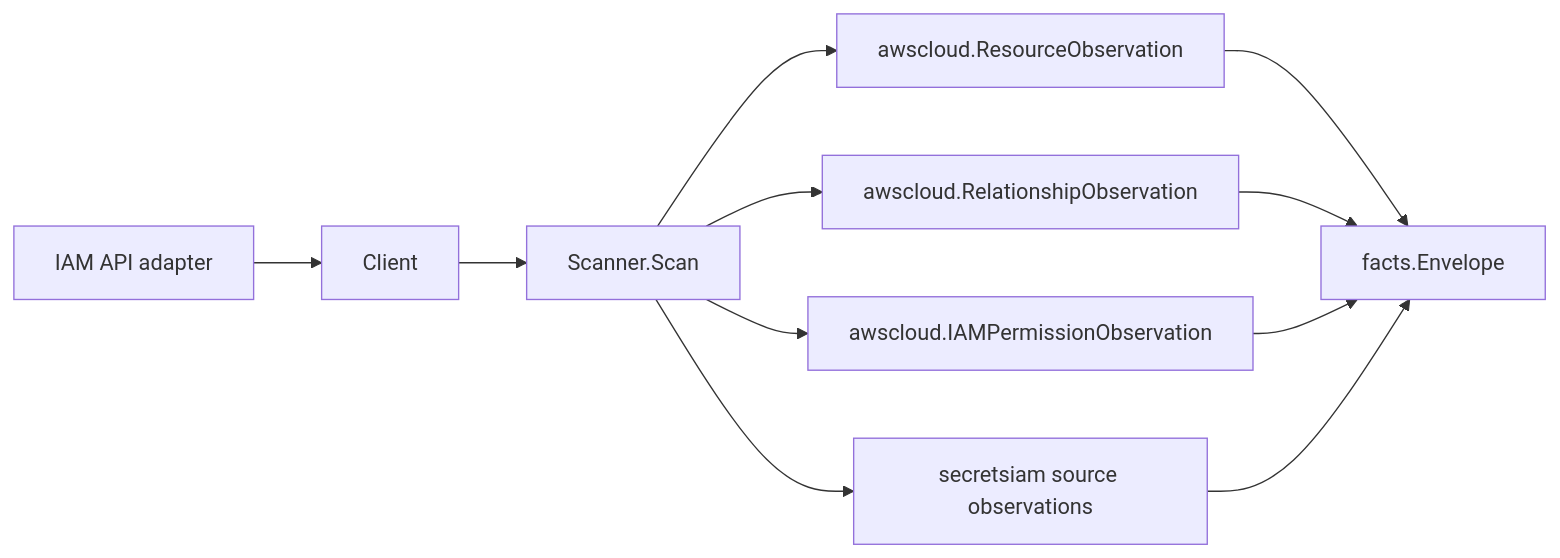
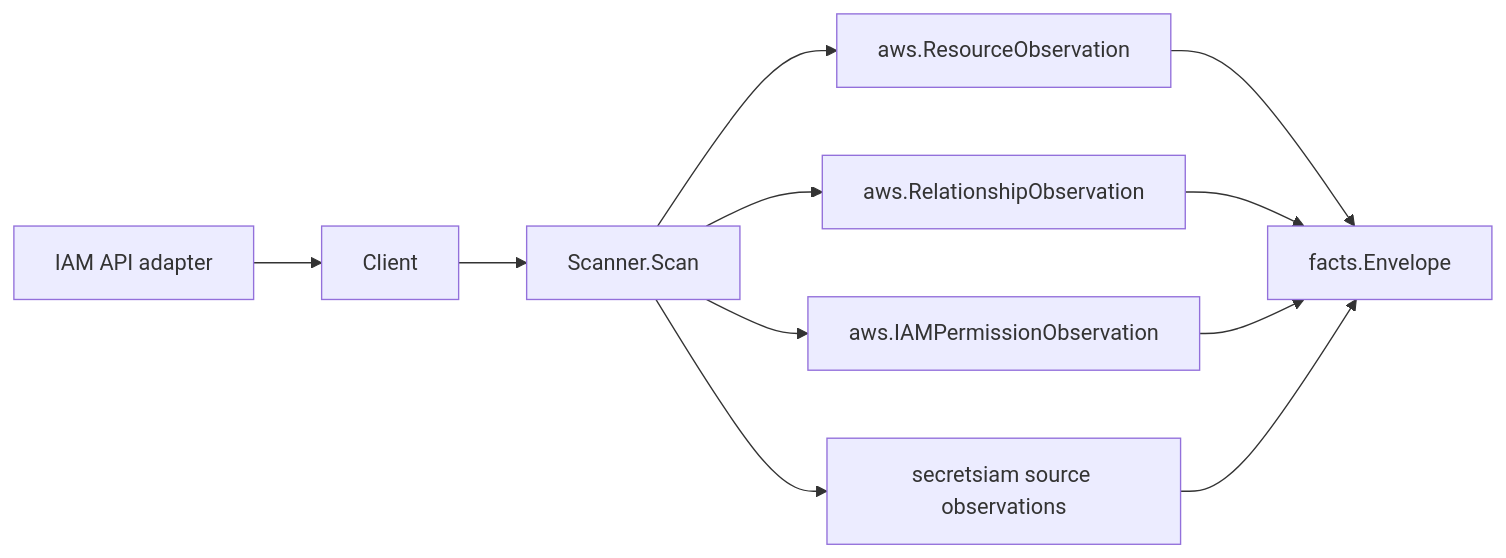
Before and after one commit to eshu-hq/eshu: the diagram in go/internal/collector/cloud/aws/service/iam/README.md, drawn with Mermaid. The commit also changed other lines of this file and 2862 other files, not shown here.

````diff
--- a/go/internal/collector/cloud/aws/service/iam/README.md
+++ b/go/internal/collector/cloud/aws/service/iam/README.md
@@ -18,13 +18,13 @@
 ```mermaid
 flowchart LR
   A["IAM API adapter"] --> B["Client"]
   B --> C["Scanner.Scan"]
-  C --> D["awscloud.ResourceObservation"]
-  C --> E["awscloud.RelationshipObservation"]
-  C --> G["awscloud.IAMPermissionObservation"]
+  C --> D["aws.ResourceObservation"]
+  C --> E["aws.RelationshipObservation"]
+  C --> G["aws.IAMPermissionObservation"]
   C --> H["secretsiam source observations"]
   D --> F["facts.Envelope"]
   E --> F
   G --> F
   H --> F
 ```
````
